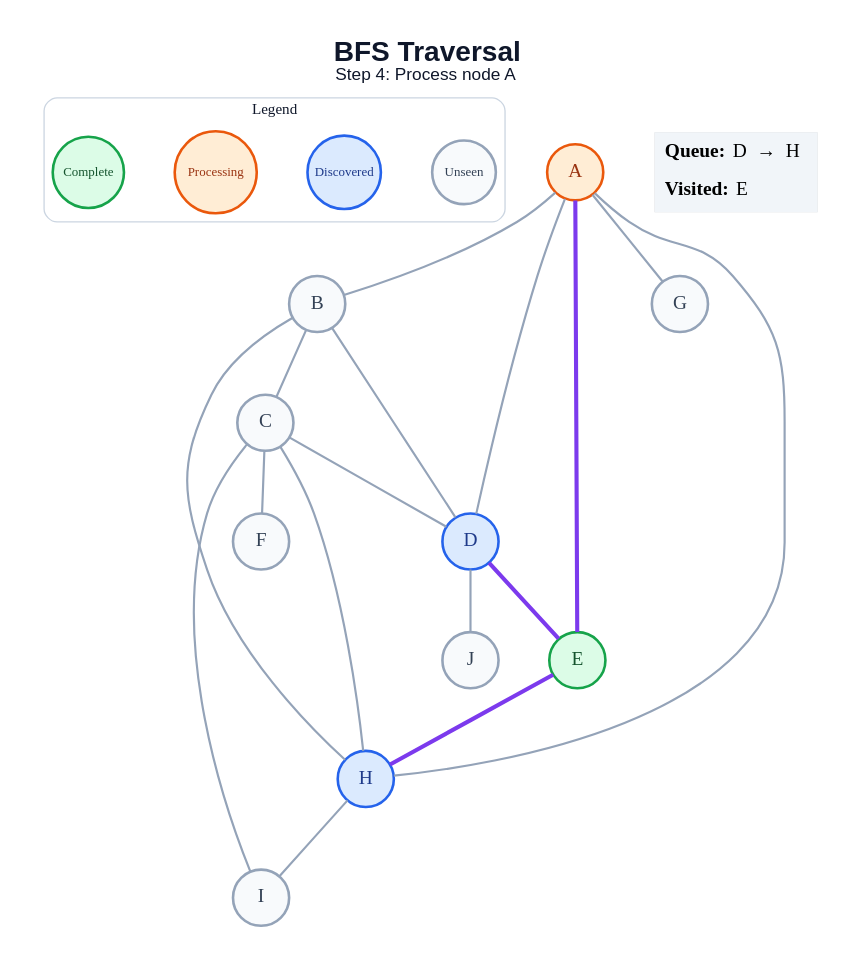
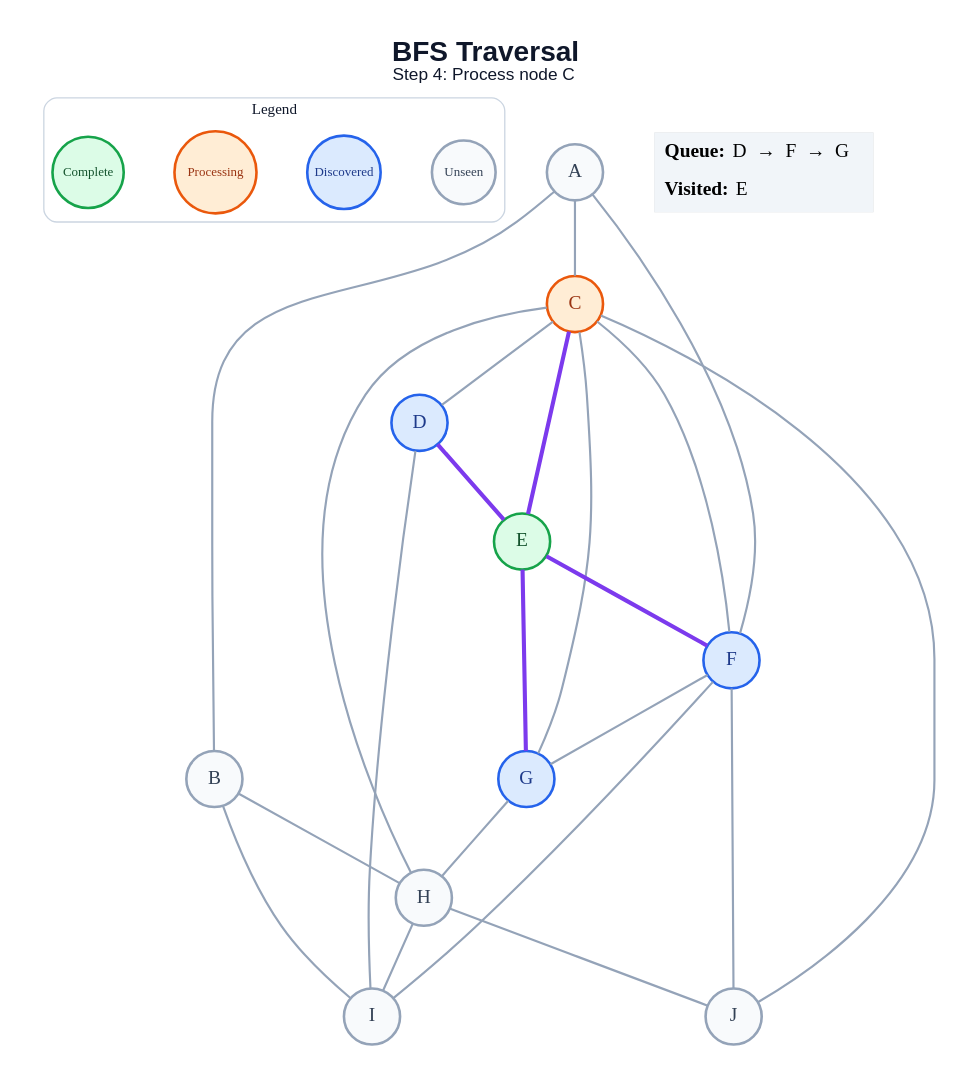
The diagram in generated/specific-node/bfs/step_04.dot (amanghodawala9/ai-slop), drawn with Graphviz before and after one commit. The commit also changed 178 other files, not shown here.

```diff
--- a/generated/specific-node/bfs/step_04.dot
+++ b/generated/specific-node/bfs/step_04.dot
@@ -1,45 +1,50 @@
 graph traversal {
   graph [layout=dot, rankdir=TB, bgcolor="#FFFFFF", pad="0.35", nodesep="0.65", ranksep="0.8", fontname="Arial"];
   node [shape=circle, style="filled", fontname="Arial Bold", fontsize=18, width=0.72, fixedsize=true, penwidth=2.4];
   edge [color="#94A3B8", penwidth=2.0];
-  label=<<B>BFS Traversal</B><BR/><FONT POINT-SIZE="16">Step 4: Process node A</FONT>>; labelloc="t"; fontsize=26; fontname="Arial"; fontcolor="#0F172A";
+  label=<<B>BFS Traversal</B><BR/><FONT POINT-SIZE="16">Step 4: Process node C</FONT>>; labelloc="t"; fontsize=26; fontname="Arial"; fontcolor="#0F172A";
   subgraph cluster_legend { label="Legend"; color="#CBD5E1"; penwidth=1.2; style="rounded"; fontsize=14; fontname="Arial Bold";
     key_unseen [label="Unseen", fillcolor="#F8FAFC", color="#94A3B8", fontcolor="#334155", fontsize=12, width=0.82];
     key_frontier [label="Discovered", fillcolor="#DBEAFE", color="#2563EB", fontcolor="#1E3A8A", fontsize=12, width=0.95];
     key_current [label="Processing", fillcolor="#FFEDD5", color="#EA580C", fontcolor="#9A3412", fontsize=12, width=1.05];
     key_done [label="Complete", fillcolor="#DCFCE7", color="#16A34A", fontcolor="#14532D", fontsize=12, width=0.92];
     { rank=same; key_unseen; key_frontier; key_current; key_done; }
   }
-  A [fillcolor="#FFEDD5", color="#EA580C", fontcolor="#9A3412"];
+  A [fillcolor="#F8FAFC", color="#94A3B8", fontcolor="#334155"];
   B [fillcolor="#F8FAFC", color="#94A3B8", fontcolor="#334155"];
-  C [fillcolor="#F8FAFC", color="#94A3B8", fontcolor="#334155"];
+  C [fillcolor="#FFEDD5", color="#EA580C", fontcolor="#9A3412"];
   D [fillcolor="#DBEAFE", color="#2563EB", fontcolor="#1E3A8A"];
   E [fillcolor="#DCFCE7", color="#16A34A", fontcolor="#14532D"];
-  F [fillcolor="#F8FAFC", color="#94A3B8", fontcolor="#334155"];
-  G [fillcolor="#F8FAFC", color="#94A3B8", fontcolor="#334155"];
-  H [fillcolor="#DBEAFE", color="#2563EB", fontcolor="#1E3A8A"];
+  F [fillcolor="#DBEAFE", color="#2563EB", fontcolor="#1E3A8A"];
+  G [fillcolor="#DBEAFE", color="#2563EB", fontcolor="#1E3A8A"];
+  H [fillcolor="#F8FAFC", color="#94A3B8", fontcolor="#334155"];
   I [fillcolor="#F8FAFC", color="#94A3B8", fontcolor="#334155"];
   J [fillcolor="#F8FAFC", color="#94A3B8", fontcolor="#334155"];
   A -- B;
-  A -- D;
-  A -- E [color="#7C3AED", penwidth=3.8];
-  A -- G;
-  A -- H;
-  B -- C;
-  B -- D;
+  A -- C;
+  A -- F;
   B -- H;
+  B -- I;
   C -- D;
+  C -- E [color="#7C3AED", penwidth=3.8];
   C -- F;
+  C -- G;
   C -- H;
-  C -- I;
+  C -- J;
   D -- E [color="#7C3AED", penwidth=3.8];
-  D -- J;
-  E -- H [color="#7C3AED", penwidth=3.8];
+  D -- I;
+  E -- F [color="#7C3AED", penwidth=3.8];
+  E -- G [color="#7C3AED", penwidth=3.8];
+  F -- G;
+  F -- I;
+  F -- J;
+  G -- H;
   H -- I;
+  H -- J;
   status [shape=plain, fixedsize=false, width=0, height=0, margin=0, label=<
     <TABLE BORDER="0" CELLBORDER="0" CELLPADDING="7" BGCOLOR="#F1F5F9">
-      <TR><TD ALIGN="LEFT"><B>Queue:</B> D  →  H</TD></TR>
+      <TR><TD ALIGN="LEFT"><B>Queue:</B> D  →  F  →  G</TD></TR>
       <TR><TD ALIGN="LEFT"><B>Visited:</B> E</TD></TR>
     </TABLE>
   >];
 }
```
